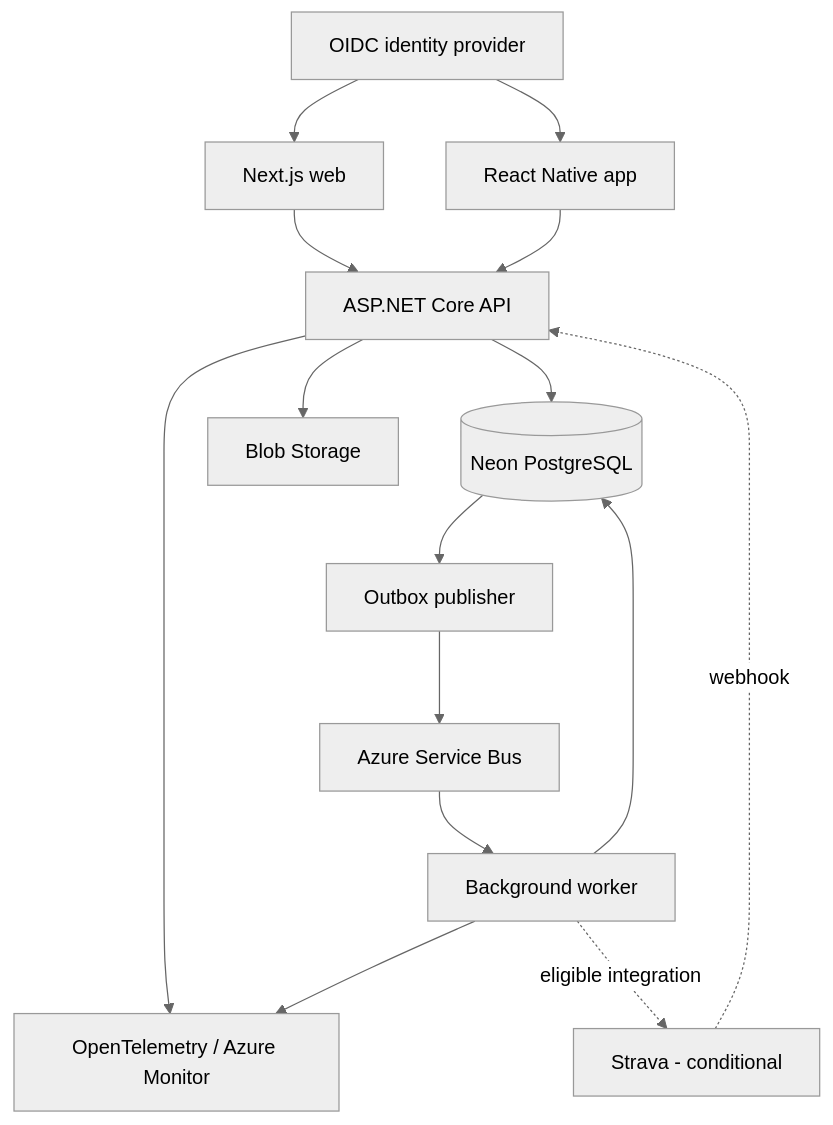
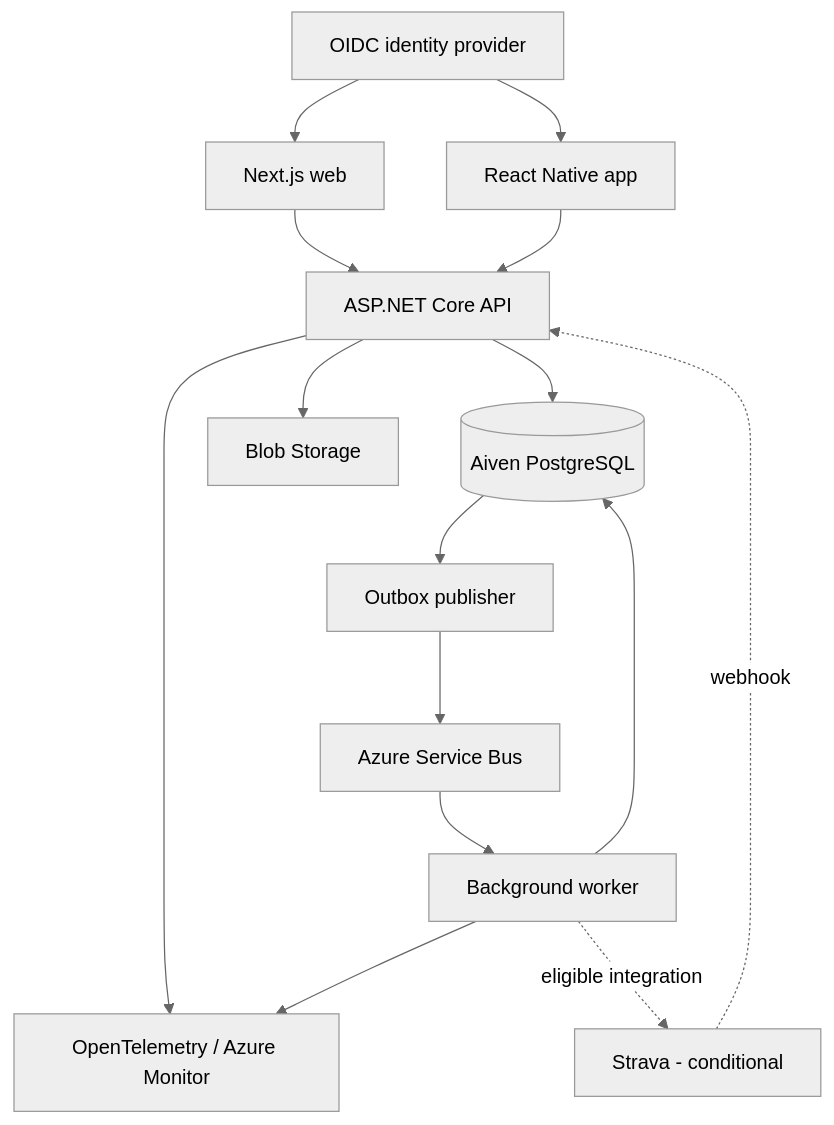
One commit to juusimaa/bike-log changed the diagram in PROJECT_PLAN.md. Above: the diagram before and after it, drawn with Mermaid (neutral theme). The commit also changed other lines of this file and 4 other files, not shown here.

````diff
--- a/PROJECT_PLAN.md
+++ b/PROJECT_PLAN.md
@@ -117,17 +117,17 @@
 ```mermaid
 flowchart TD
     Web[Next.js web] --> API[ASP.NET Core API]
     Mobile[React Native app] --> API
     Identity[OIDC identity provider] --> Web
     Identity --> Mobile
-    API --> DB[(Neon PostgreSQL)]
+    API --> DB[(Aiven PostgreSQL)]
     DB --> Outbox[Outbox publisher]
     Outbox --> Queue[Azure Service Bus]
     Queue --> Worker[Background worker]
     Worker --> DB
     API --> Blob[Blob Storage]
     API --> Telemetry[OpenTelemetry / Azure Monitor]
     Worker --> Telemetry
     Strava[Strava - conditional] -. webhook .-> API
     Worker -. eligible integration .-> Strava
 ```
````
